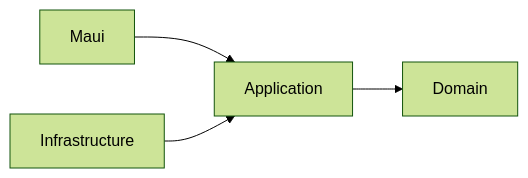
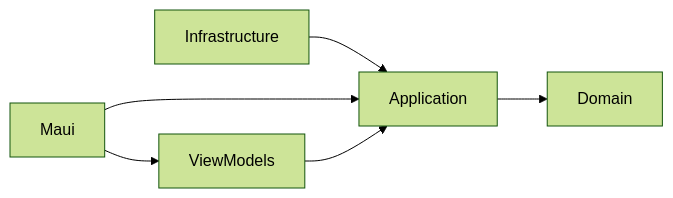
One commit to Zergoma/OctoType changed the diagram in Readme.md. Above: the diagram before and after it, drawn with Mermaid (forest theme). The commit also changed other lines of this file and 33 other files, not shown here.

````diff
--- a/Readme.md
+++ b/Readme.md
@@ -17,13 +17,16 @@
 ```mermaid
 flowchart LR
 
 Domain["Domain"]
 Application["Application"]
 UI["Maui"]
+ViewModels["ViewModels"]
 Infrastucture["Infrastructure"]
 
-UI --> Application 
+Infrastucture --> Application
+UI ---> Application
+UI --> ViewModels
+ViewModels --> Application
 Application --> Domain
-Infrastucture --> Application
 
 ```
````
